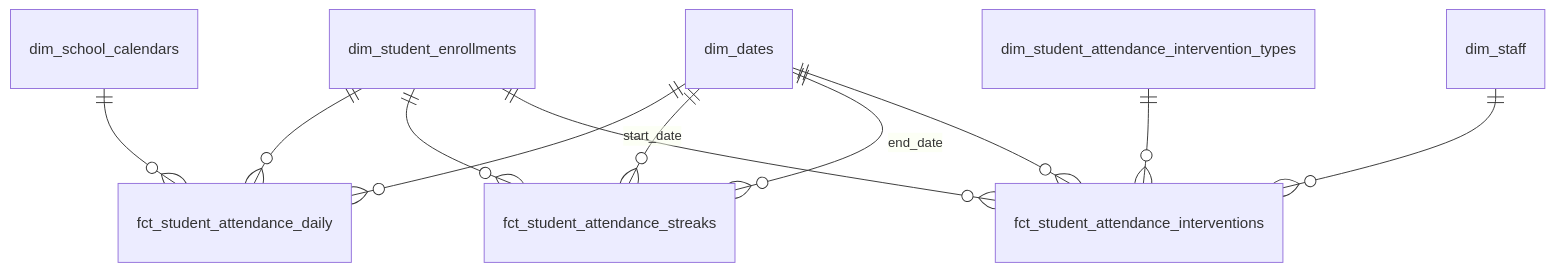
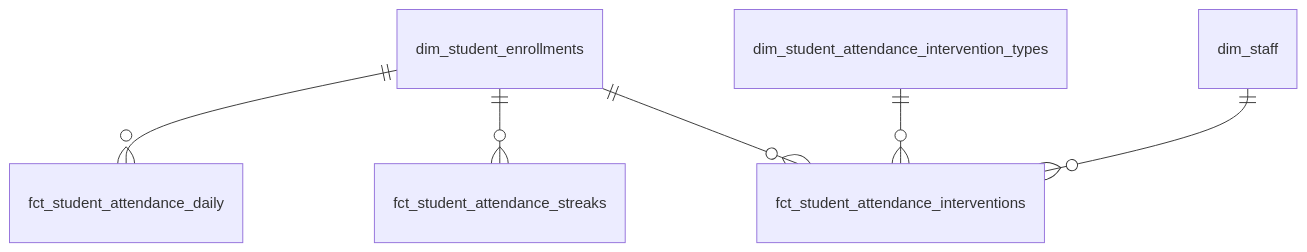
Before and after one commit to TEAMSchools/teamster: the sixth of 10 diagrams in docs/superpowers/specs/2026-03-27-star-schema-data-mart-design.md, drawn with Mermaid. The commit also changed other lines of this file, not shown here.

First line of the commit message:
docs: omit conformed dims from star-schema ERDs

````diff
--- a/docs/superpowers/specs/2026-03-27-star-schema-data-mart-design.md
+++ b/docs/superpowers/specs/2026-03-27-star-schema-data-mart-design.md
@@ -647,13 +629,8 @@
 ```mermaid
 erDiagram
     dim_student_enrollments ||--o{ fct_student_attendance_daily : ""
     dim_student_enrollments ||--o{ fct_student_attendance_streaks : ""
     dim_student_enrollments ||--o{ fct_student_attendance_interventions : ""
     dim_student_attendance_intervention_types ||--o{ fct_student_attendance_interventions : ""
     dim_staff ||--o{ fct_student_attendance_interventions : ""
-    dim_dates ||--o{ fct_student_attendance_daily : ""
-    dim_dates ||--o{ fct_student_attendance_streaks : "start_date"
-    dim_dates ||--o{ fct_student_attendance_streaks : "end_date"
-    dim_dates ||--o{ fct_student_attendance_interventions : ""
-    dim_school_calendars ||--o{ fct_student_attendance_daily : ""
 ```
````
